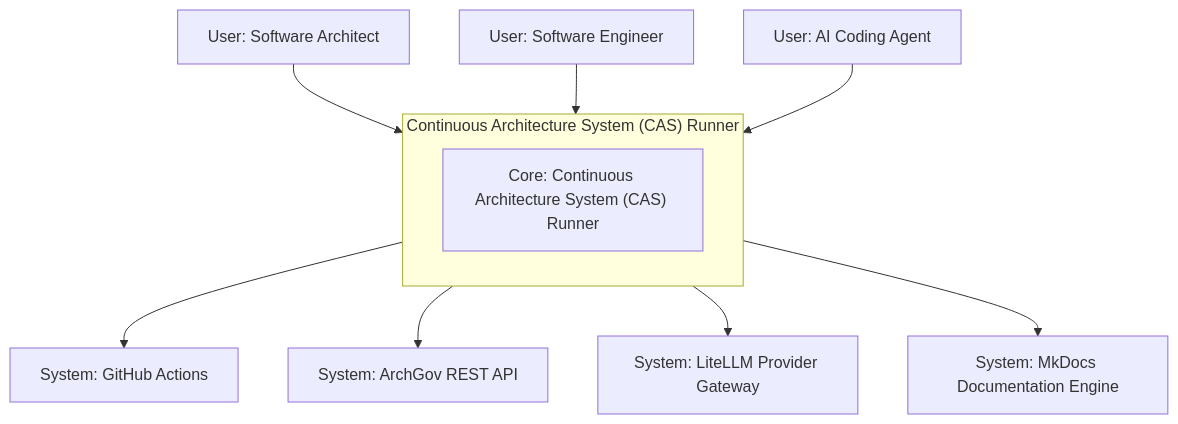
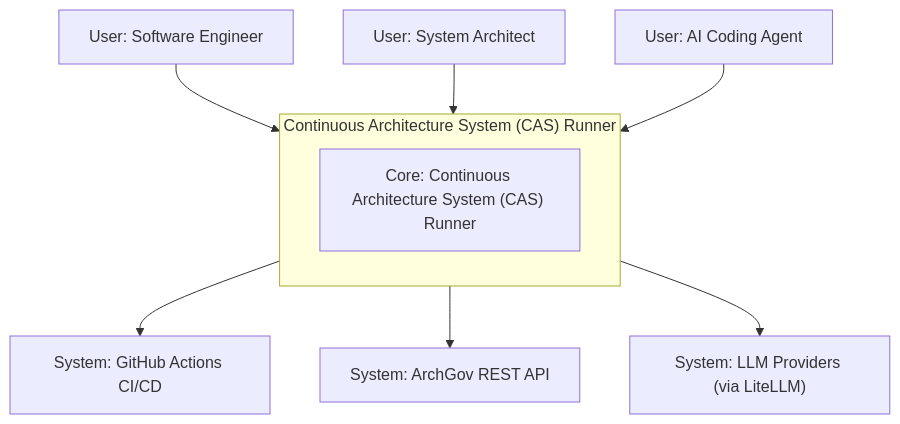
One commit to cas-governance-portal/cas-governance-portal.github.io changed the diagram in projects/ideas-to-life-cas/architecture-state/diagrams/system-context.mmd. Above: the diagram before and after it, drawn with Mermaid. The commit also changed 39 other files, not shown here.

```diff
--- a/projects/ideas-to-life-cas/architecture-state/diagrams/system-context.mmd
+++ b/projects/ideas-to-life-cas/architecture-state/diagrams/system-context.mmd
@@ -1,18 +1,16 @@
 flowchart TD
     subgraph SysBoundary["Continuous Architecture System (CAS) Runner"]
         CoreSys["Core: Continuous Architecture System (CAS) Runner"]
     end
-    Actor0["User: Software Architect"]
-    Actor1["User: Software Engineer"]
+    Actor0["User: Software Engineer"]
+    Actor1["User: System Architect"]
     Actor2["User: AI Coding Agent"]
-    ExtSys0["System: GitHub Actions"]
+    ExtSys0["System: GitHub Actions CI/CD"]
     ExtSys1["System: ArchGov REST API"]
-    ExtSys2["System: LiteLLM Provider Gateway"]
-    ExtSys3["System: MkDocs Documentation Engine"]
+    ExtSys2["System: LLM Providers (via LiteLLM)"]
     Actor0 --> SysBoundary
     Actor1 --> SysBoundary
     Actor2 --> SysBoundary
     SysBoundary --> ExtSys0
     SysBoundary --> ExtSys1
     SysBoundary --> ExtSys2
-    SysBoundary --> ExtSys3
```
